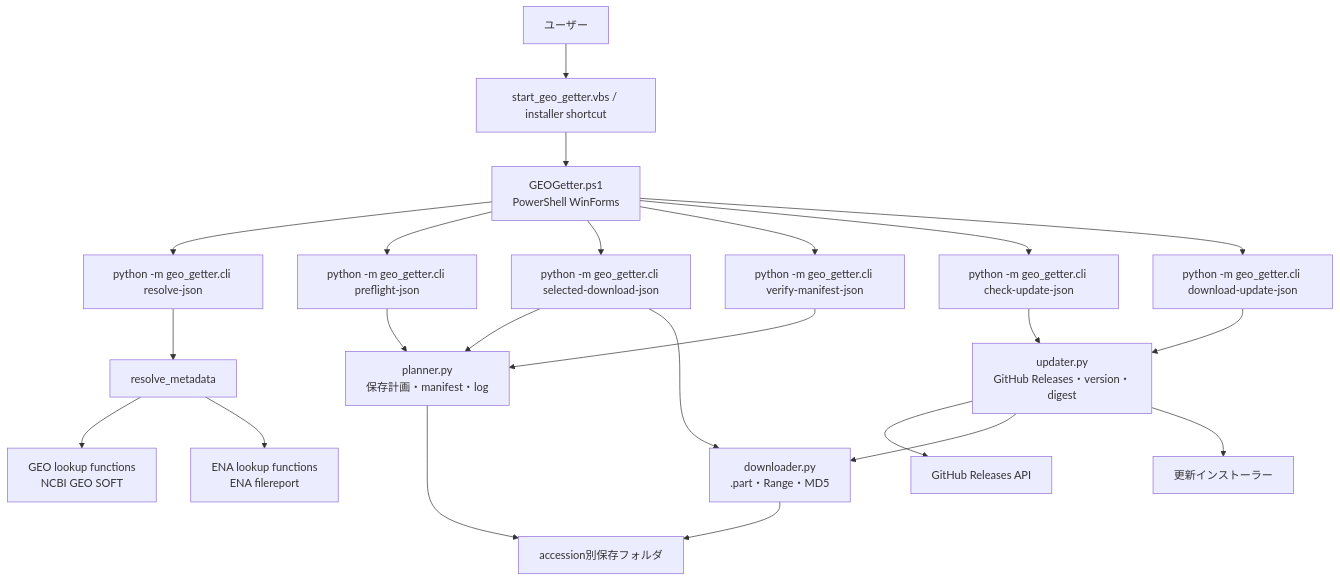
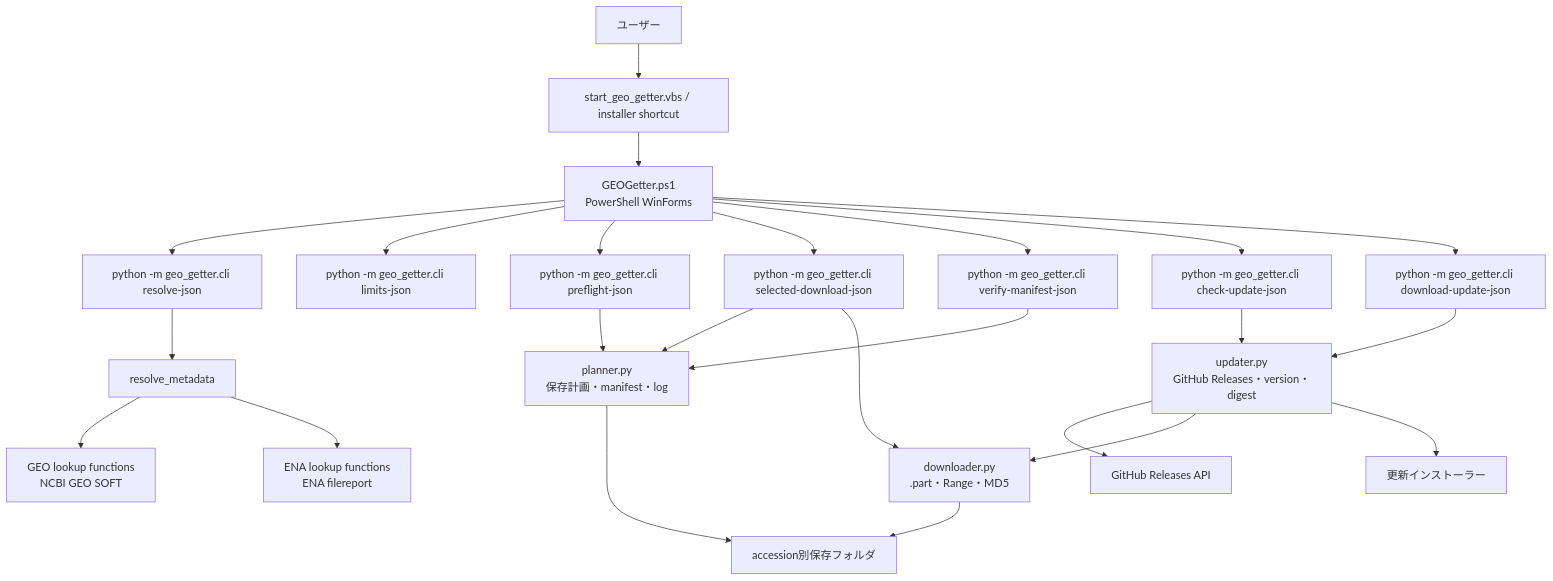
Before and after one commit to K81ta/geo-getter: the diagram in docs/ARCHITECTURE.md, drawn with Mermaid. The commit also changed other lines of this file and 5 other files, not shown here.

Commit message:
Make Python worker limits authoritative

````diff
--- a/docs/ARCHITECTURE.md
+++ b/docs/ARCHITECTURE.md
@@ -42,25 +42,26 @@
 ```mermaid
 flowchart TD
     User["ユーザー"] --> Launcher["start_geo_getter.vbs / installer shortcut"]
     Launcher --> GUI["GEOGetter.ps1\nPowerShell WinForms"]
     GUI --> ResolveCLI["python -m geo_getter.cli resolve-json"]
+    GUI --> LimitsCLI["python -m geo_getter.cli limits-json"]
     GUI --> PreflightCLI["python -m geo_getter.cli preflight-json"]
     GUI --> DownloadCLI["python -m geo_getter.cli selected-download-json"]
     GUI --> VerifyCLI["python -m geo_getter.cli verify-manifest-json"]
     GUI --> UpdateCheckCLI["python -m geo_getter.cli check-update-json"]
     GUI --> UpdateDownloadCLI["python -m geo_getter.cli download-update-json"]
     ResolveCLI --> Resolver["resolve_metadata"]
     Resolver --> GEO["GEO lookup functions\nNCBI GEO SOFT"]
     Resolver --> ENA["ENA lookup functions\nENA filereport"]
     PreflightCLI --> Planner["planner.py\n保存計画・manifest・log"]
     DownloadCLI --> Planner["planner.py\n保存計画・manifest・log"]
     DownloadCLI --> Downloader["downloader.py\n.part・Range・MD5"]
     VerifyCLI --> Planner
     UpdateCheckCLI --> Updater["updater.py\nGitHub Releases・version・digest"]
     UpdateDownloadCLI --> Updater
     Updater --> GitHub["GitHub Releases API"]
     Updater --> Downloader
     Planner --> Output["accession別保存フォルダ"]
     Downloader --> Output
     Updater --> Installer["更新インストーラー"]
 ```
````
